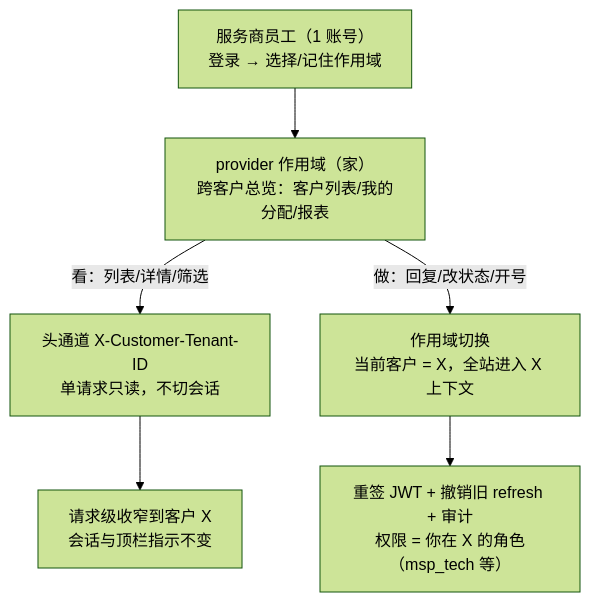
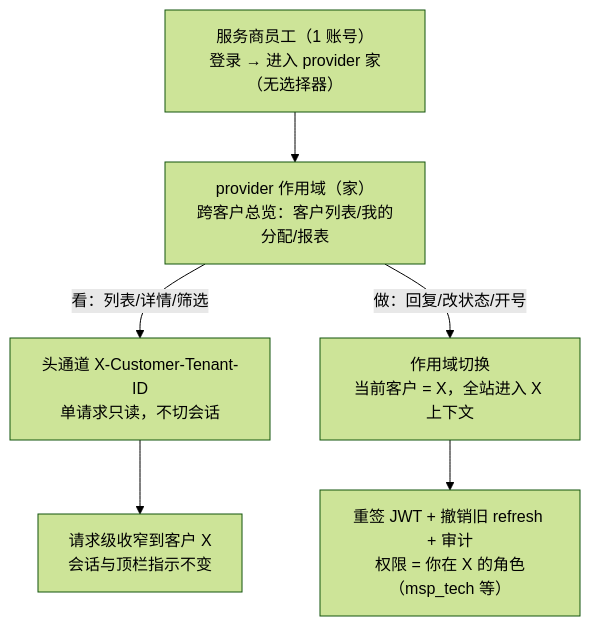
One commit to wwsheng009/itsm changed the second of 14 diagrams in docs/multi-tenant/plan/msp-user-interaction-flows.md. Above: the diagram before and after it, drawn with Mermaid (forest theme). The commit also changed other lines of this file and 6 other files, not shown here.

````diff
--- a/docs/multi-tenant/plan/msp-user-interaction-flows.md
+++ b/docs/multi-tenant/plan/msp-user-interaction-flows.md
@@ -52,9 +52,9 @@
 ```mermaid
 flowchart TD
-    S["服务商员工（1 账号）<br/>登录 → 选择/记住作用域"] --> A
+    S["服务商员工（1 账号）<br/>登录 → 进入 provider 家（无选择器）"] --> A
     A["provider 作用域（家）<br/>跨客户总览：客户列表/我的分配/报表"]
     A -->|"看：列表/详情/筛选"| B["头通道 X-Customer-Tenant-ID<br/>单请求只读，不切会话"]
     A -->|"做：回复/改状态/开号"| C["作用域切换<br/>当前客户 = X，全站进入 X 上下文"]
     B --> D["请求级收窄到客户 X<br/>会话与顶栏指示不变"]
     C --> E["重签 JWT + 撤销旧 refresh + 审计<br/>权限 = 你在 X 的角色（msp_tech 等）"]
 ```
````
